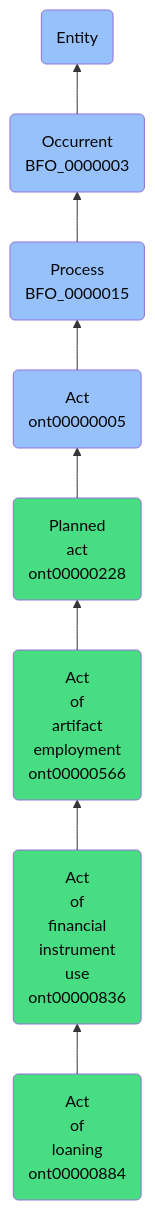
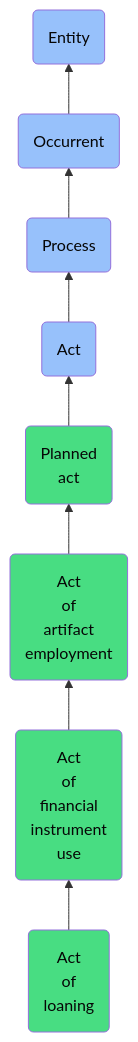
One commit to jupyter-naas/abi changed the diagram in docs/ontology/reference/model/Entity/Occurrent/Process/Act/Planned act/Act of artifact employment/Act of financial instrument use/Act of loaning/Act of loaning.md. Above: the diagram before and after it, drawn with Mermaid. The commit also changed other lines of this file and 1430 other files, not shown here.

````diff
--- a/docs/ontology/reference/model/Entity/Occurrent/Process/Act/Planned act/Act of artifact employment/Act of financial instrument use/Act of loaning/Act of loaning.md
+++ b/docs/ontology/reference/model/Entity/Occurrent/Process/Act/Planned act/Act of artifact employment/Act of financial instrument use/Act of loaning/Act of loaning.md
@@ -24,15 +24,15 @@
 ```mermaid
 graph BT
-    ont00000884(Act<br>of<br>loaning<br>ont00000884):::ABI-->ont00000836
-    ont00000836(Act<br>of<br>financial<br>instrument<br>use<br>ont00000836):::ABI-->ont00000566
-    ont00000566(Act<br>of<br>artifact<br>employment<br>ont00000566):::ABI-->ont00000228
-    ont00000228(Planned<br>act<br>ont00000228):::ABI-->ont00000005
-    ont00000005(Act<br>ont00000005):::BFO-->BFO_0000015
-    BFO_0000015(Process<br>BFO_0000015):::BFO-->BFO_0000003
-    BFO_0000003(Occurrent<br>BFO_0000003):::BFO-->BFO_0000001
+    ont00000884(Act<br>of<br>loaning):::ABI-->ont00000836
+    ont00000836(Act<br>of<br>financial<br>instrument<br>use):::ABI-->ont00000566
+    ont00000566(Act<br>of<br>artifact<br>employment):::ABI-->ont00000228
+    ont00000228(Planned<br>act):::ABI-->ont00000005
+    ont00000005(Act):::BFO-->BFO_0000015
+    BFO_0000015(Process):::BFO-->BFO_0000003
+    BFO_0000003(Occurrent):::BFO-->BFO_0000001
     BFO_0000001(Entity):::BFO
     
     classDef BFO fill:#97c1fb,color:#060606
     classDef CCO fill:#e4c51e,color:#060606
     classDef ABI fill:#48DD82,color:#060606
 ```
````
